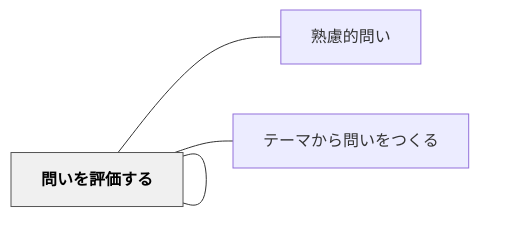
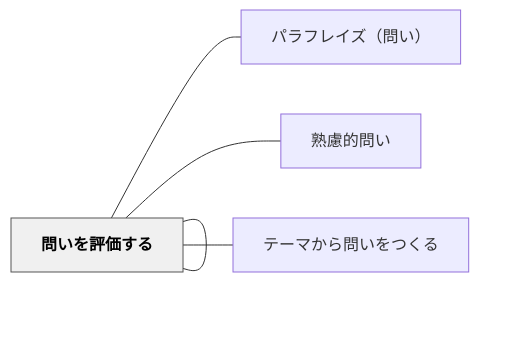
One commit to unknownthings-ed-patterns/unknownthings-ed-patterns changed the diagram in content/パタン/問いを整理する.md. Above: the diagram before and after it, drawn with Mermaid. The commit also changed other lines of this file and 473 other files, not shown here.

````diff
--- a/content/パタン/問いを整理する.md
+++ b/content/パタン/問いを整理する.md
@@ -49,14 +50,16 @@
 ```mermaid
 flowchart LR
     ne5958fe38184["問いを整理する"]
+    ne38391e383a9["パラフレイズ（問い）"]
     ne7869fe685ae["熟慮的問い"]
     ne38386e383bc["テーマから問いをつくる"]
     ne5958fe38184["問いを評価する"]
 
+    ne5958fe38184 --- ne38391e383a9
     ne5958fe38184 --- ne7869fe685ae
     ne5958fe38184 --- ne38386e383bc
     ne5958fe38184 --- ne5958fe38184
 
     classDef hub fill:#f0f0f0,stroke:#555,color:#000,font-weight:bold
     class ne5958fe38184 hub
 ```
````
